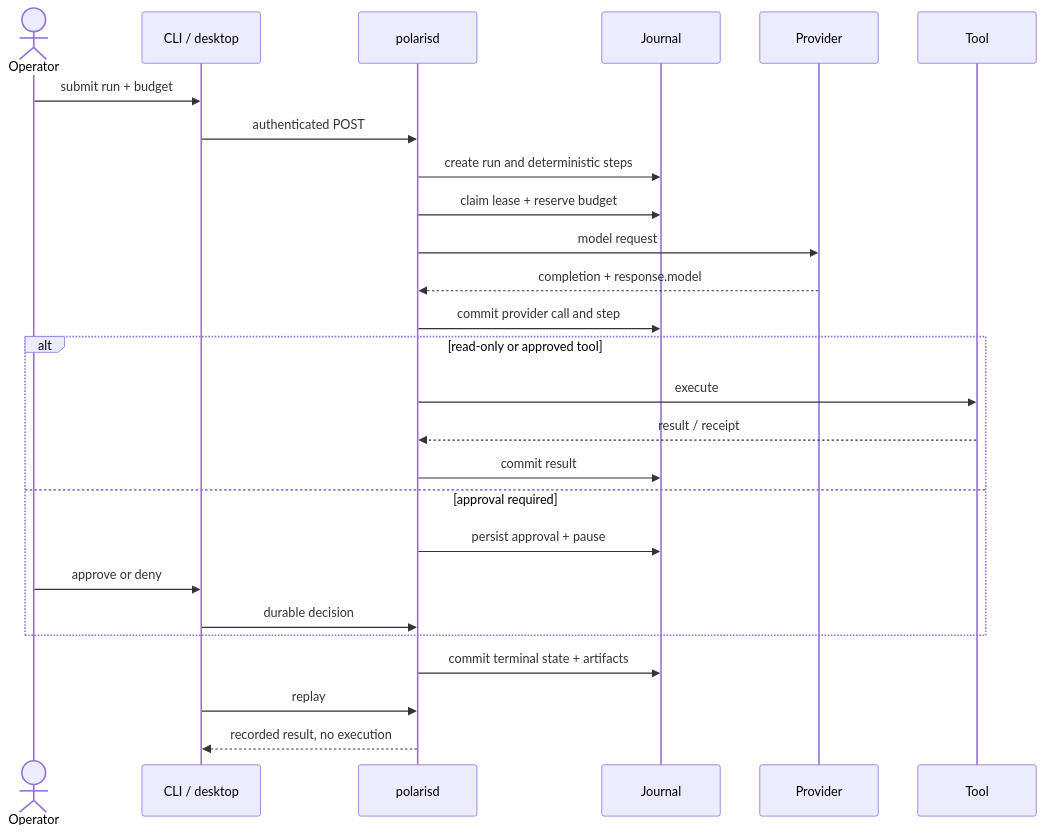
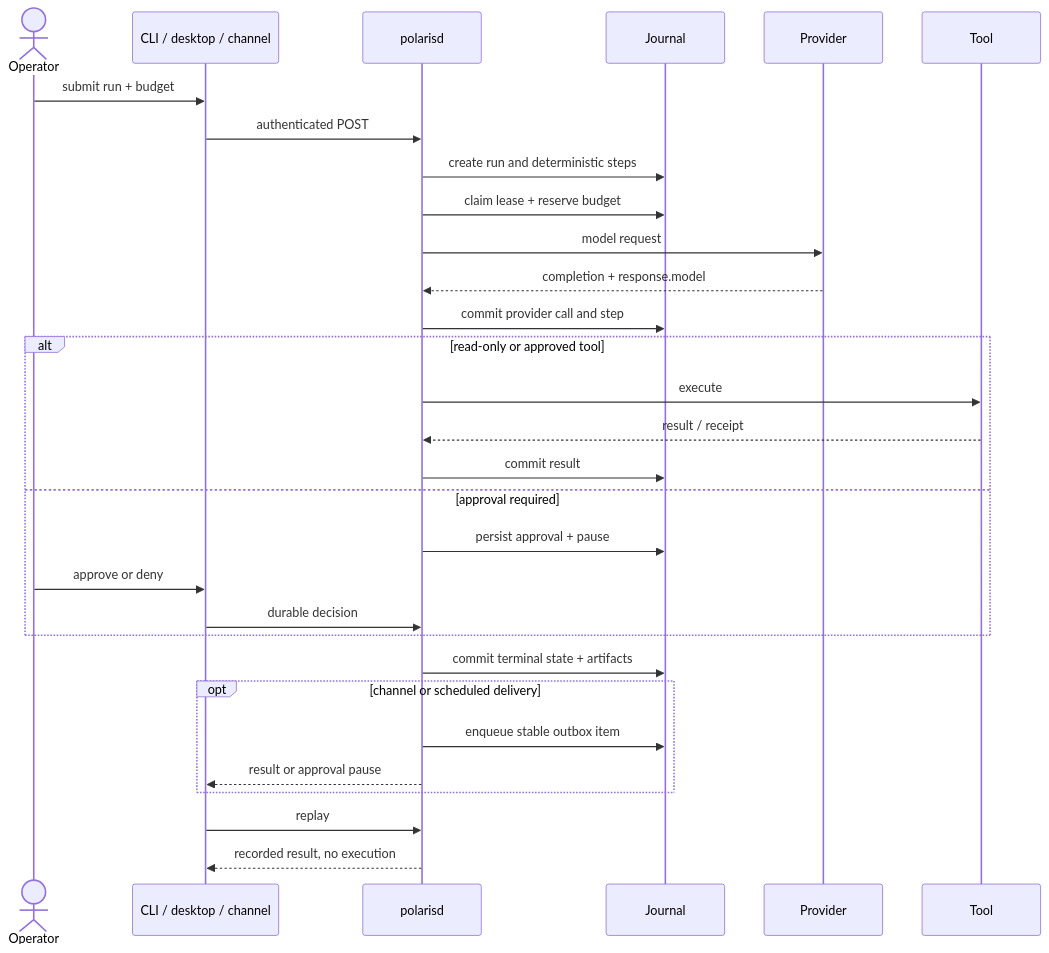
The second of 2 diagrams in docs/architecture.md (hyeonsangjeon/polaris-agent), drawn with Mermaid before and after one commit. The commit also changed other lines of this file and 129 other files, not shown here.

````diff
--- a/docs/architecture.md
+++ b/docs/architecture.md
@@ -91,29 +122,33 @@
 ```mermaid
 sequenceDiagram
     actor Operator
-    participant Client as CLI / desktop
+    participant Client as CLI / desktop / channel
     participant API as polarisd
     participant J as Journal
     participant P as Provider
     participant T as Tool
 
     Operator->>Client: submit run + budget
     Client->>API: authenticated POST
     API->>J: create run and deterministic steps
     API->>J: claim lease + reserve budget
     API->>P: model request
     P-->>API: completion + response.model
     API->>J: commit provider call and step
     alt read-only or approved tool
         API->>T: execute
         T-->>API: result / receipt
         API->>J: commit result
     else approval required
         API->>J: persist approval + pause
         Operator->>Client: approve or deny
         Client->>API: durable decision
     end
     API->>J: commit terminal state + artifacts
+    opt channel or scheduled delivery
+        API->>J: enqueue stable outbox item
+        API-->>Client: result or approval pause
+    end
     Client->>API: replay
     API-->>Client: recorded result, no execution
 ```
````
